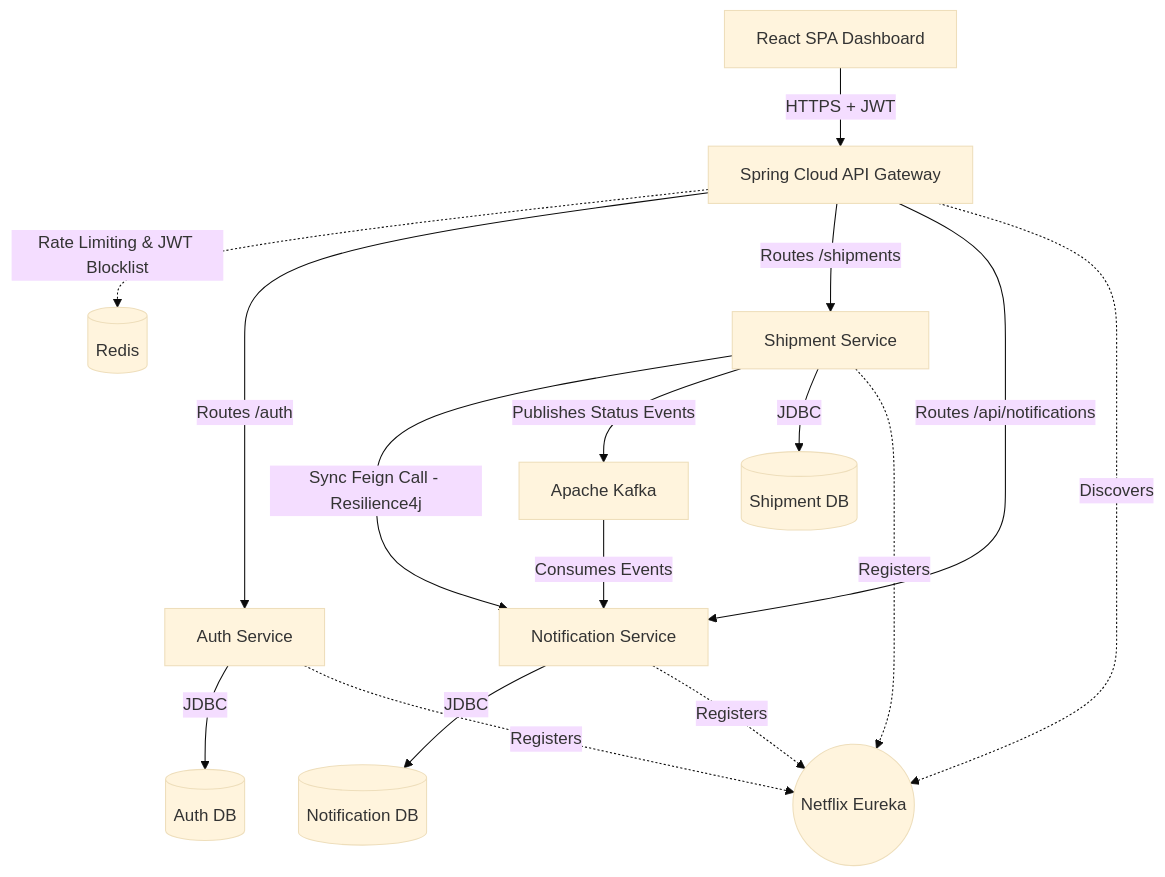
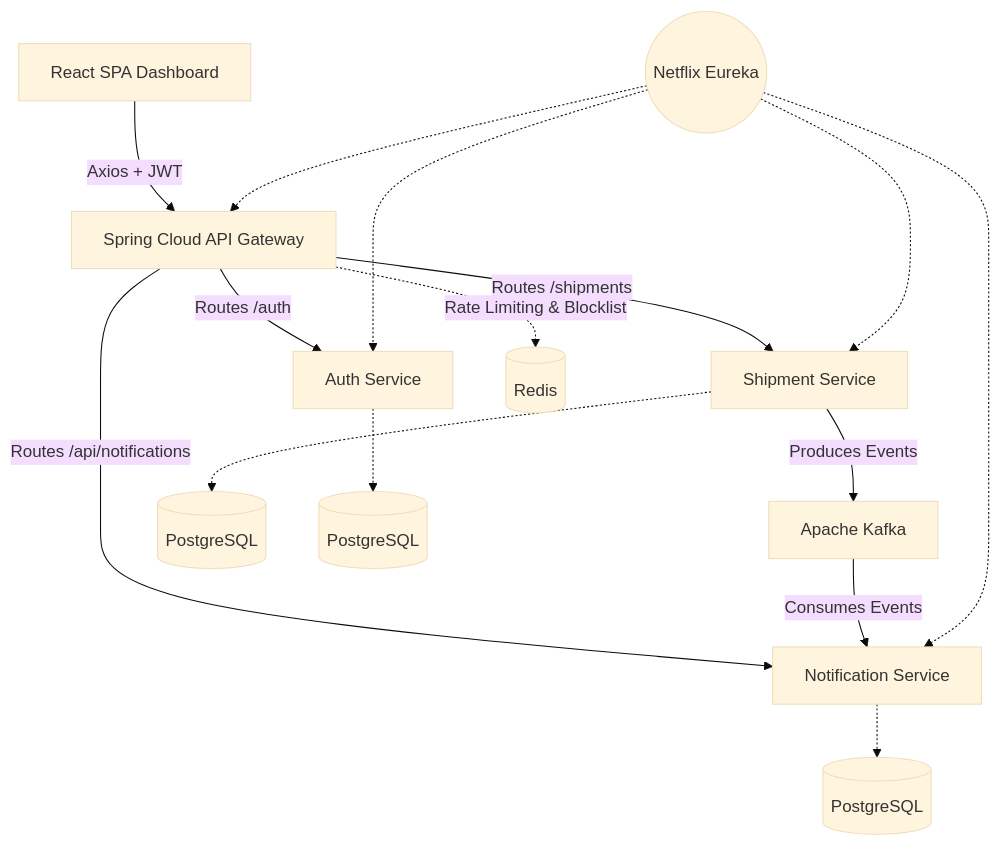
Before and after one commit to yashjangrra/smart-shipment-microservices: the first of 2 diagrams in README.md, drawn with Mermaid (base theme).

Commit message:
Simplify architecture diagram

````diff
--- a/README.md
+++ b/README.md
@@ -27,28 +27,22 @@
 ```mermaid
 graph TD
-    %% Core Client & Gateway
-    Client[React SPA Dashboard] -->|HTTPS + JWT| Gateway[Spring Cloud API Gateway]
-    Gateway -.->|Rate Limiting & JWT Blocklist| Redis[(Redis)]
-
-    %% Routing
+    Client[React SPA Dashboard] -->|Axios + JWT| Gateway[Spring Cloud API Gateway]
+    
     Gateway -->|Routes /auth| Auth[Auth Service]
     Gateway -->|Routes /shipments| Shipment[Shipment Service]
     Gateway -->|Routes /api/notifications| Notification[Notification Service]
-
-    %% Sync & Async Communication
-    Shipment -->|Sync Feign Call - Resilience4j| Notification
-    Shipment -->|Publishes Status Events| Kafka[Apache Kafka]
+    
+    Gateway -.->|Rate Limiting & Blocklist| Redis[(Redis)]
+    
+    Shipment -->|Produces Events| Kafka[Apache Kafka]
     Kafka -->|Consumes Events| Notification
-
-    %% Databases
-    Auth -->|JDBC| DB_Auth[(Auth DB)]
-    Shipment -->|JDBC| DB_Ship[(Shipment DB)]
-    Notification -->|JDBC| DB_Notif[(Notification DB)]
-
-    %% Service Discovery
-    Eureka((Netflix Eureka))
-    Auth -.->|Registers| Eureka
-    Shipment -.->|Registers| Eureka
-    Notification -.->|Registers| Eureka
-    Gateway -.->|Discovers| Eureka
+    
+    Shipment -.-> DB1[(PostgreSQL)]
+    Auth -.-> DB2[(PostgreSQL)]
+    Notification -.-> DB3[(PostgreSQL)]
+    
+    Eureka((Netflix Eureka)) -.-> Gateway
+    Eureka -.-> Auth
+    Eureka -.-> Shipment
+    Eureka -.-> Notification
 ```
````
